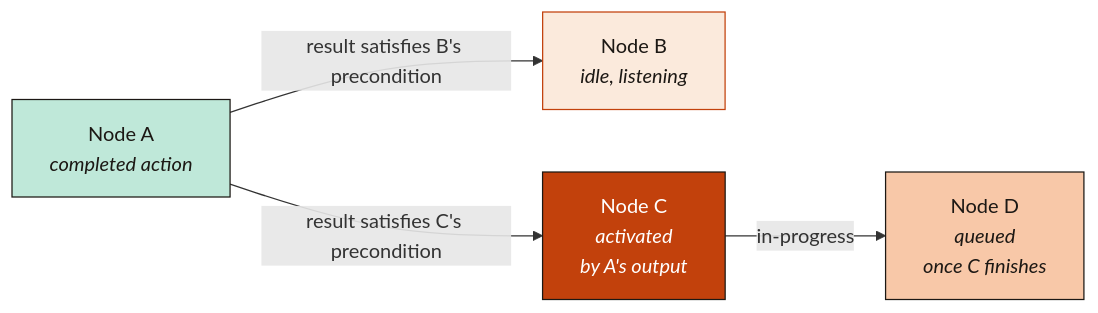
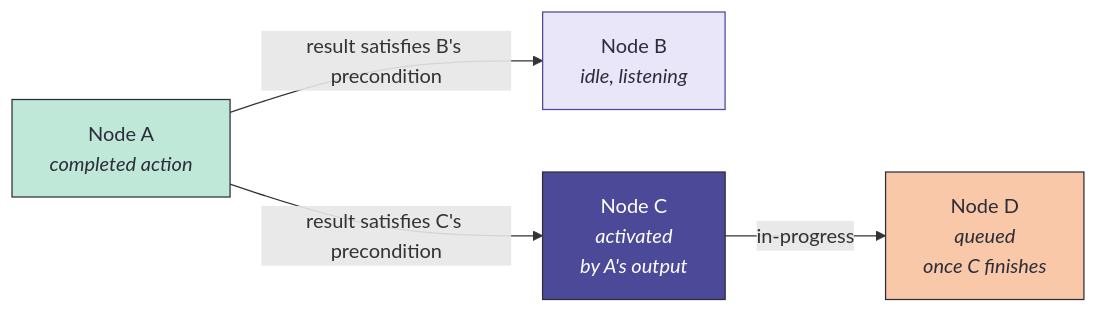
The fourth of 4 diagrams in blog/2026-05-16-quest-for-agi/index.qmd (kader-xai/kader-xai.github.io), drawn with Mermaid before and after one commit. The commit also changed other lines of this file and 43 other files, not shown here.

````diff
--- a/blog/2026-05-16-quest-for-agi/index.qmd
+++ b/blog/2026-05-16-quest-for-agi/index.qmd
@@ -241,16 +241,16 @@
 ```{mermaid}
 flowchart LR
     A["Node A<br/><i>completed action</i>"]:::done
     B["Node B<br/><i>idle, listening</i>"]:::idle
     C["Node C<br/><i>activated</i><br/><i>by A's output</i>"]:::active
     D["Node D<br/><i>queued</i><br/><i>once C finishes</i>"]:::queued
 
     A -- "result satisfies B's precondition" --> B
     A -- "result satisfies C's precondition" --> C
     C -- "in-progress" --> D
 
-    classDef done fill:#BFE8D9,stroke:#1c1814,color:#1c1814;
-    classDef idle fill:#fbeadc,stroke:#c2410c,color:#1c1814;
-    classDef active fill:#c2410c,stroke:#1c1814,color:#ffffff;
-    classDef queued fill:#F8C8A8,stroke:#1c1814,color:#1c1814;
+    classDef done fill:#BFE8D9,stroke:#2d2d3a,color:#2d2d3a;
+    classDef idle fill:#E8E6F8,stroke:#4C4A98,color:#2d2d3a;
+    classDef active fill:#4C4A98,stroke:#2d2d3a,color:#ffffff;
+    classDef queued fill:#F8C8A8,stroke:#2d2d3a,color:#2d2d3a;
 ```
````
